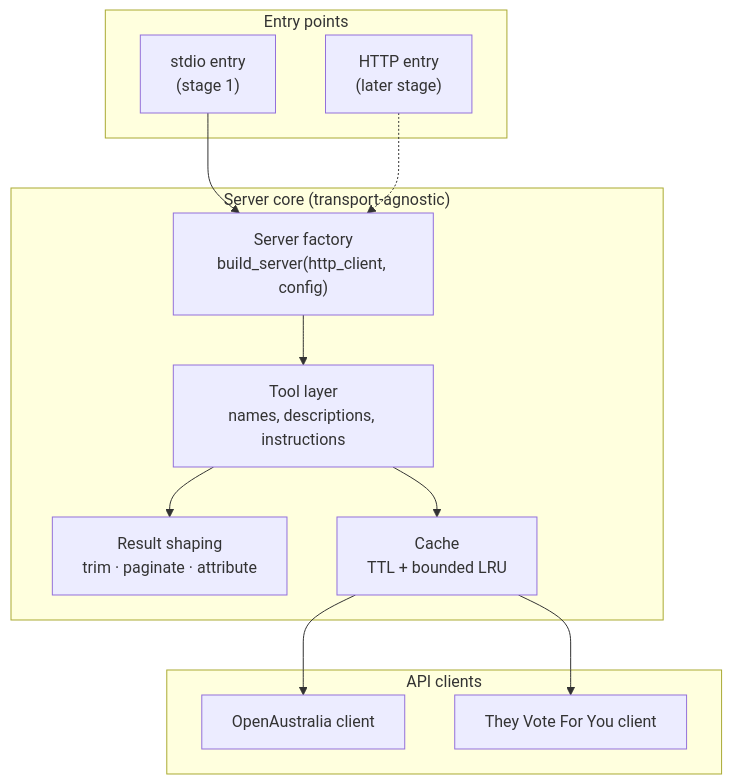
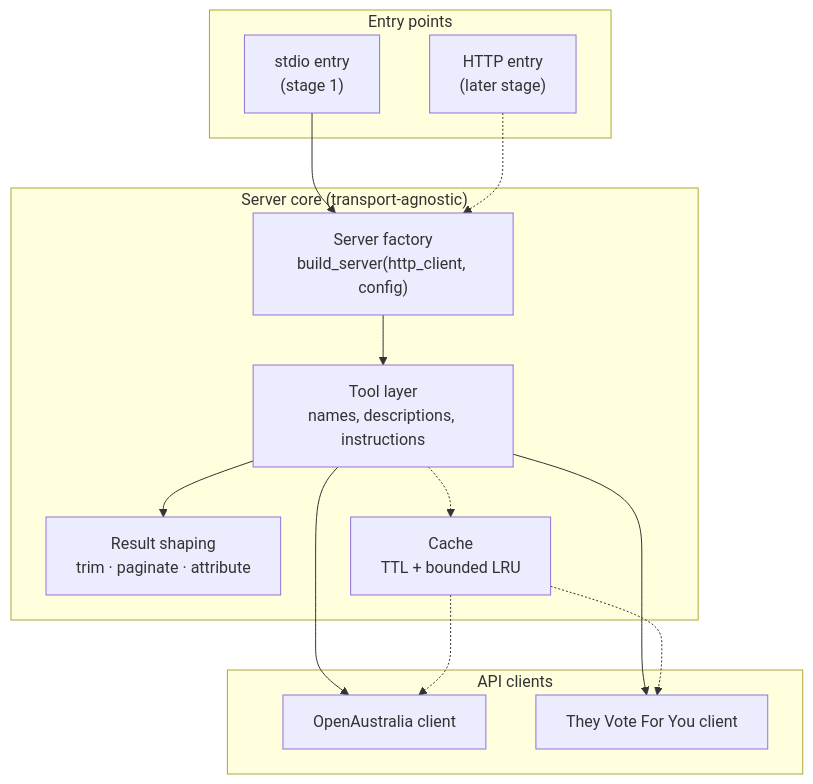
One commit to jeremiah-wa/openaustralia-mcp changed the second of 6 diagrams in docs/architecture.md. Above: the diagram before and after it, drawn with Mermaid. The commit also changed other lines of this file, not shown here.

First line of the commit message:
docs: mark the cache and its fake clock as not built yet

````diff
--- a/docs/architecture.md
+++ b/docs/architecture.md
@@ -22,27 +22,29 @@
 ```mermaid
 flowchart TB
     subgraph entry["Entry points"]
         stdio["stdio entry<br/>(stage 1)"]
         http["HTTP entry<br/>(later stage)"]
     end
 
     subgraph core["Server core (transport-agnostic)"]
         factory["Server factory<br/>build_server(http_client, config)"]
         tools["Tool layer<br/>names, descriptions, instructions"]
         shape["Result shaping<br/>trim · paginate · attribute"]
         cache["Cache<br/>TTL + bounded LRU"]
     end
 
     subgraph clients["API clients"]
         oac["OpenAustralia client"]
         tvc["They Vote For You client"]
     end
 
     stdio --> factory
     http -.-> factory
     factory --> tools
     tools --> shape
-    tools --> cache
-    cache --> oac
-    cache --> tvc
+    tools --> oac
+    tools --> tvc
+    tools -.-> cache
+    cache -.-> oac
+    cache -.-> tvc
 ```
````
